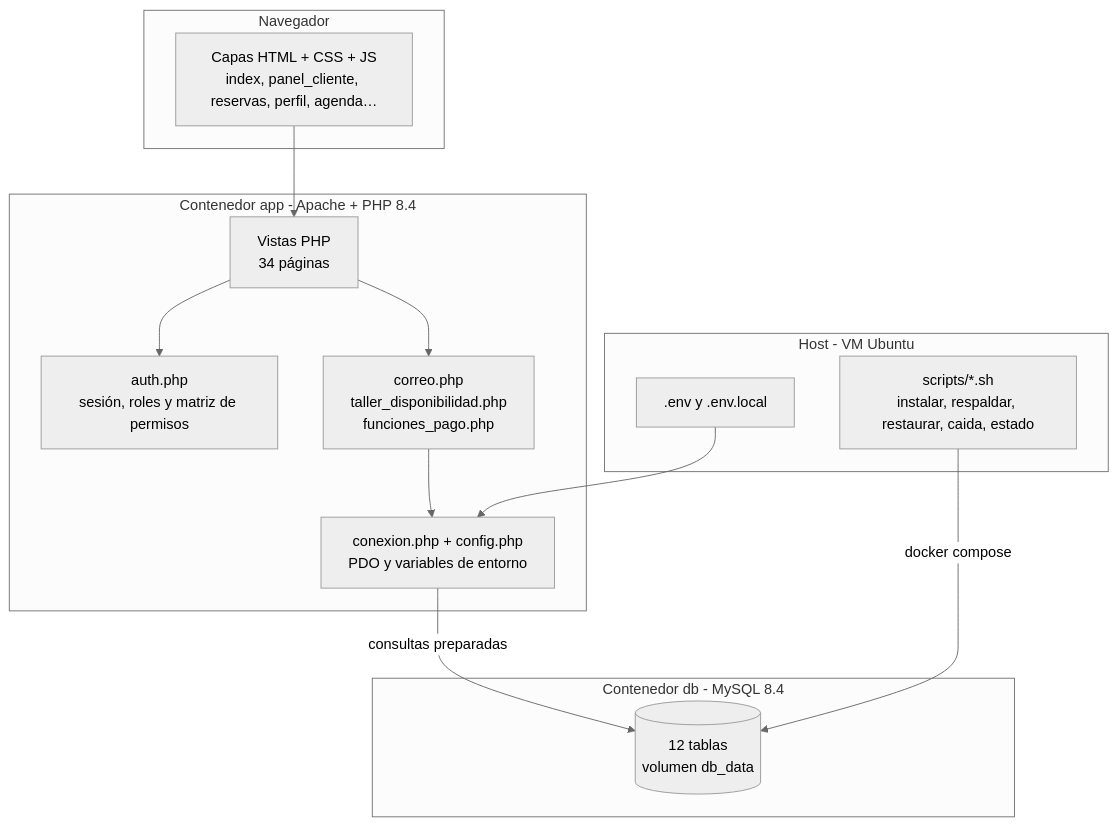
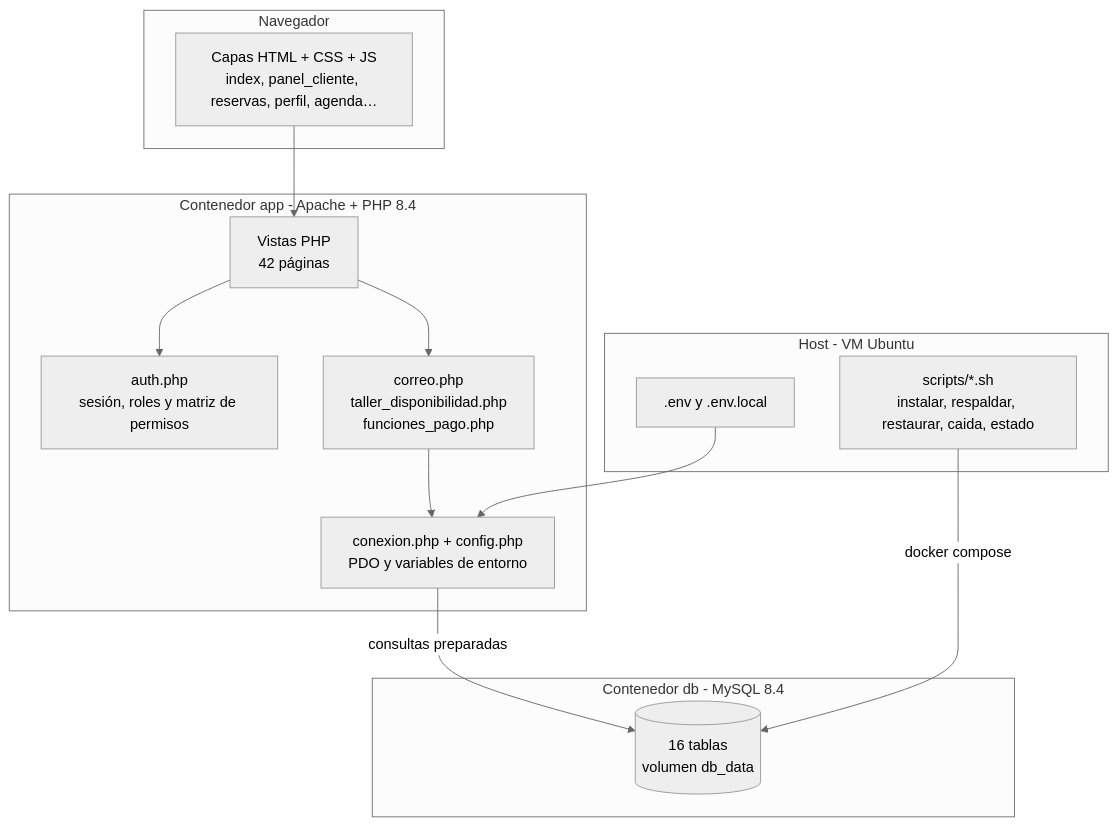
The sixth of 7 diagrams in docs/ENTREGABLES-TECNICOS.md (ttugol909674-cpu/index), drawn with Mermaid (neutral theme) before and after one commit. The commit also changed other lines of this file and 2 other files, not shown here.

````diff
--- a/docs/ENTREGABLES-TECNICOS.md
+++ b/docs/ENTREGABLES-TECNICOS.md
@@ -492,27 +544,27 @@
 ```mermaid
 flowchart TB
     subgraph Navegador
         UI[Capas HTML + CSS + JS<br/>index, panel_cliente, reservas, perfil, agenda…]
     end
     subgraph Contenedor app - Apache + PHP 8.4
         Auth[auth.php<br/>sesión, roles y matriz de permisos]
-        Vistas[Vistas PHP<br/>34 páginas]
+        Vistas[Vistas PHP<br/>42 páginas]
         Dominio[correo.php<br/>taller_disponibilidad.php<br/>funciones_pago.php]
         Datos[conexion.php + config.php<br/>PDO y variables de entorno]
     end
     subgraph Contenedor db - MySQL 8.4
-        BD[(12 tablas<br/>volumen db_data)]
+        BD[(16 tablas<br/>volumen db_data)]
     end
     subgraph Host - VM Ubuntu
         Scripts[scripts/*.sh<br/>instalar, respaldar, restaurar, caida, estado]
         Env[.env y .env.local]
     end
 
     UI --> Vistas
     Vistas --> Auth
     Vistas --> Dominio
     Dominio --> Datos
     Datos -->|consultas preparadas| BD
     Env --> Datos
     Scripts -->|docker compose| BD
 ```
````
